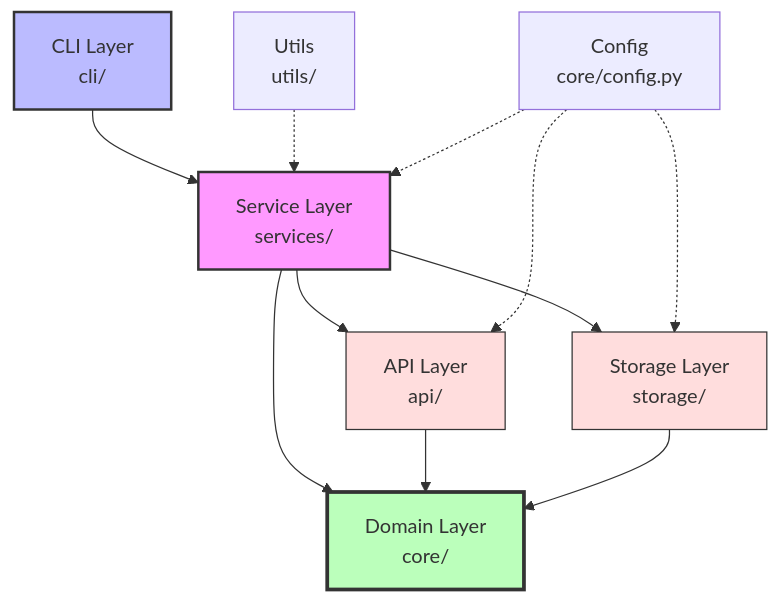
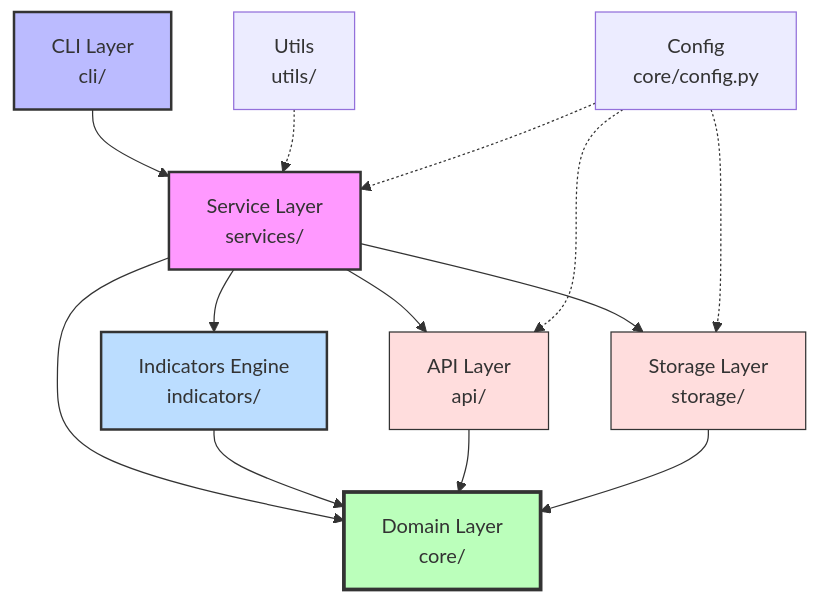
Before and after one commit to YaserEleraky/forex-tracker: the diagram in README.md, drawn with Mermaid. The commit also changed other lines of this file and 11 other files, not shown here.

````diff
--- a/README.md
+++ b/README.md
@@ -344,19 +383,22 @@
 ```mermaid
 graph TD
     A[CLI Layer<br/>cli/] --> B[Service Layer<br/>services/]
     B --> C[API Layer<br/>api/]
     B --> D[Storage Layer<br/>storage/]
+    B --> H[Indicators Engine<br/>indicators/]
     B --> E[Domain Layer<br/>core/]
+    H --> E
     C --> E
     D --> E
     F[Utils<br/>utils/] -.-> B
     G[Config<br/>core/config.py] -.-> C
     G -.-> D
     G -.-> B
 
     style A fill:#bbf,stroke:#333,stroke-width:2px
     style B fill:#f9f,stroke:#333,stroke-width:2px
     style E fill:#bfb,stroke:#333,stroke-width:3px
+    style H fill:#bdf,stroke:#333,stroke-width:2px
     style C fill:#fdd,stroke:#333
     style D fill:#fdd,stroke:#333
 ```
````
